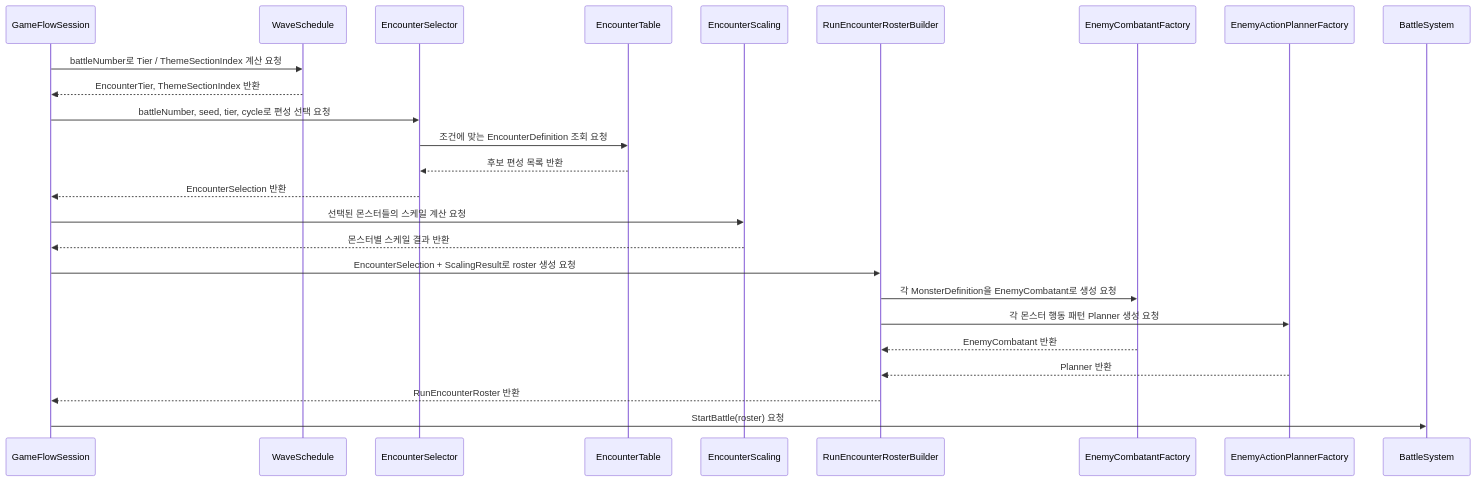
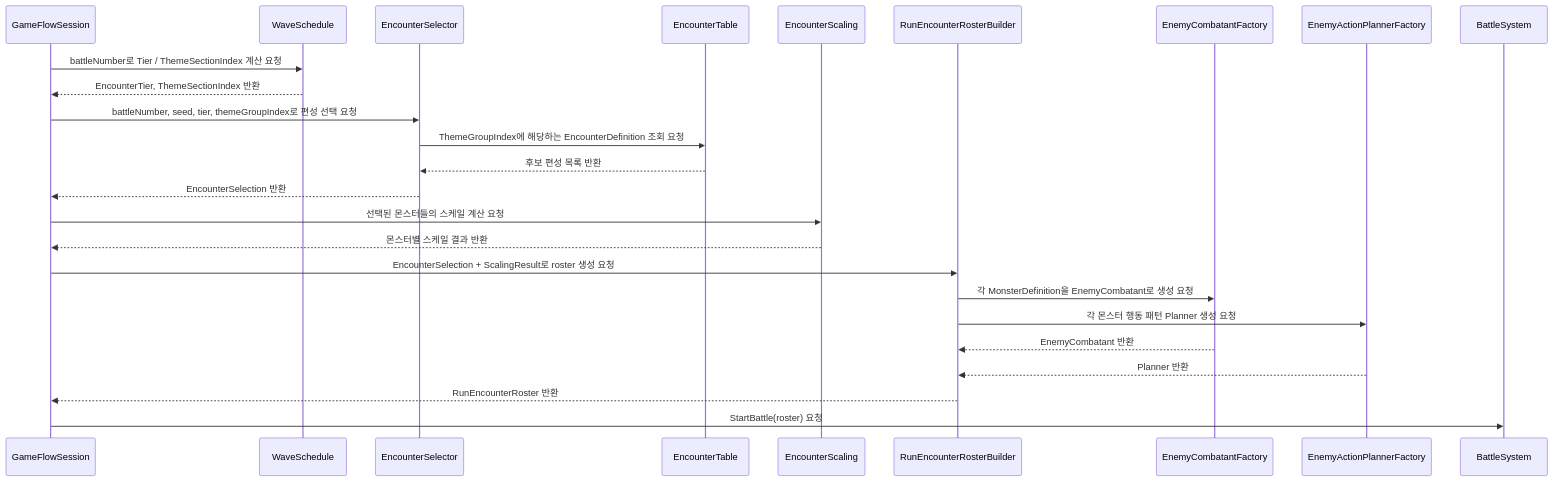
Before and after one commit to YooKyubin/SlotRogue: the third of 4 diagrams in docs/exec-plans/active/feature-rule-based-encounter-selection.md, drawn with Mermaid. The commit also changed other lines of this file and 2 other files, not shown here.

First line of the commit message:
docs: Encounter 테마 선택 문서 정리

````diff
--- a/docs/exec-plans/active/feature-rule-based-encounter-selection.md
+++ b/docs/exec-plans/active/feature-rule-based-encounter-selection.md
@@ -85,32 +85,32 @@
 ```mermaid
 sequenceDiagram
     participant Session as GameFlowSession
     participant Schedule as WaveSchedule
     participant Selector as EncounterSelector
     participant Table as EncounterTable
     participant Scaling as EncounterScaling
     participant Builder as RunEncounterRosterBuilder
     participant CombatantFactory as EnemyCombatantFactory
     participant PlannerFactory as EnemyActionPlannerFactory
     participant Battle as BattleSystem
 
     Session->>Schedule: battleNumber로 Tier / ThemeSectionIndex 계산 요청
     Schedule-->>Session: EncounterTier, ThemeSectionIndex 반환
 
-    Session->>Selector: battleNumber, seed, tier, cycle로 편성 선택 요청
-    Selector->>Table: 조건에 맞는 EncounterDefinition 조회 요청
+    Session->>Selector: battleNumber, seed, tier, themeGroupIndex로 편성 선택 요청
+    Selector->>Table: ThemeGroupIndex에 해당하는 EncounterDefinition 조회 요청
     Table-->>Selector: 후보 편성 목록 반환
     Selector-->>Session: EncounterSelection 반환
 
     Session->>Scaling: 선택된 몬스터들의 스케일 계산 요청
     Scaling-->>Session: 몬스터별 스케일 결과 반환
 
     Session->>Builder: EncounterSelection + ScalingResult로 roster 생성 요청
     Builder->>CombatantFactory: 각 MonsterDefinition을 EnemyCombatant로 생성 요청
     Builder->>PlannerFactory: 각 몬스터 행동 패턴 Planner 생성 요청
     CombatantFactory-->>Builder: EnemyCombatant 반환
     PlannerFactory-->>Builder: Planner 반환
 
     Builder-->>Session: RunEncounterRoster 반환
     Session->>Battle: StartBattle(roster) 요청
 ```
````
